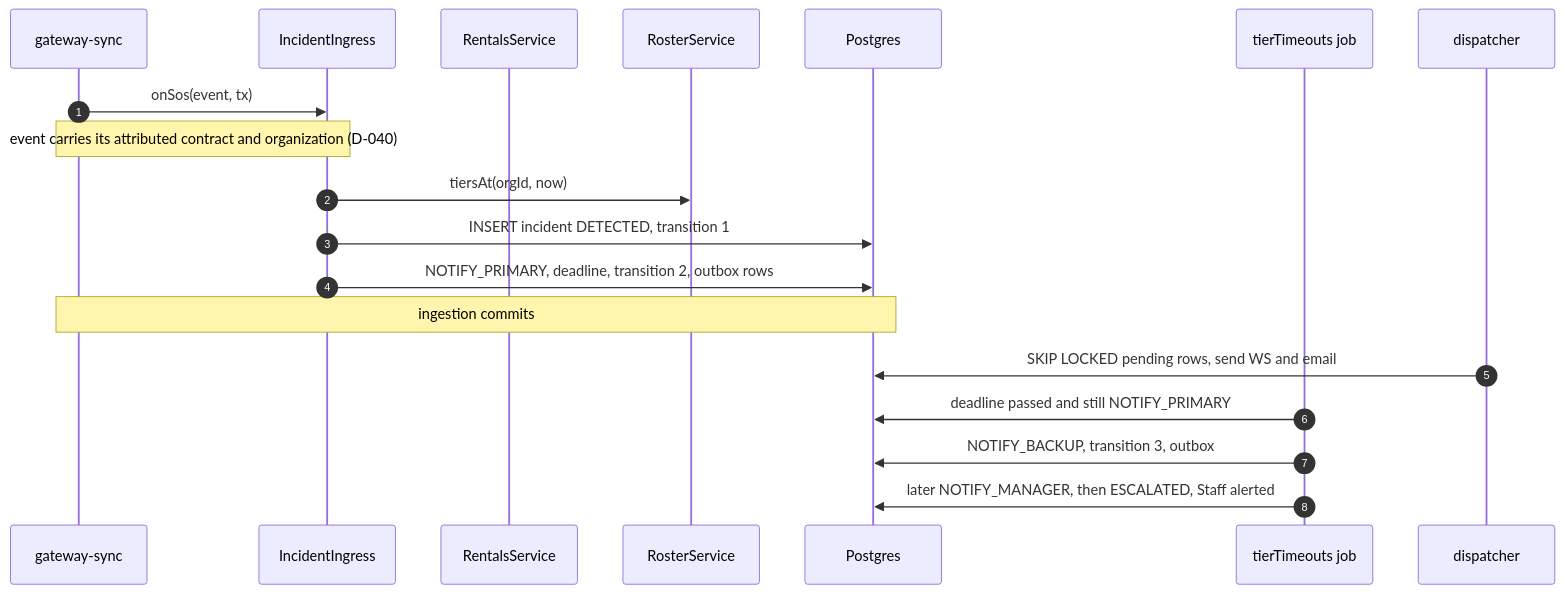
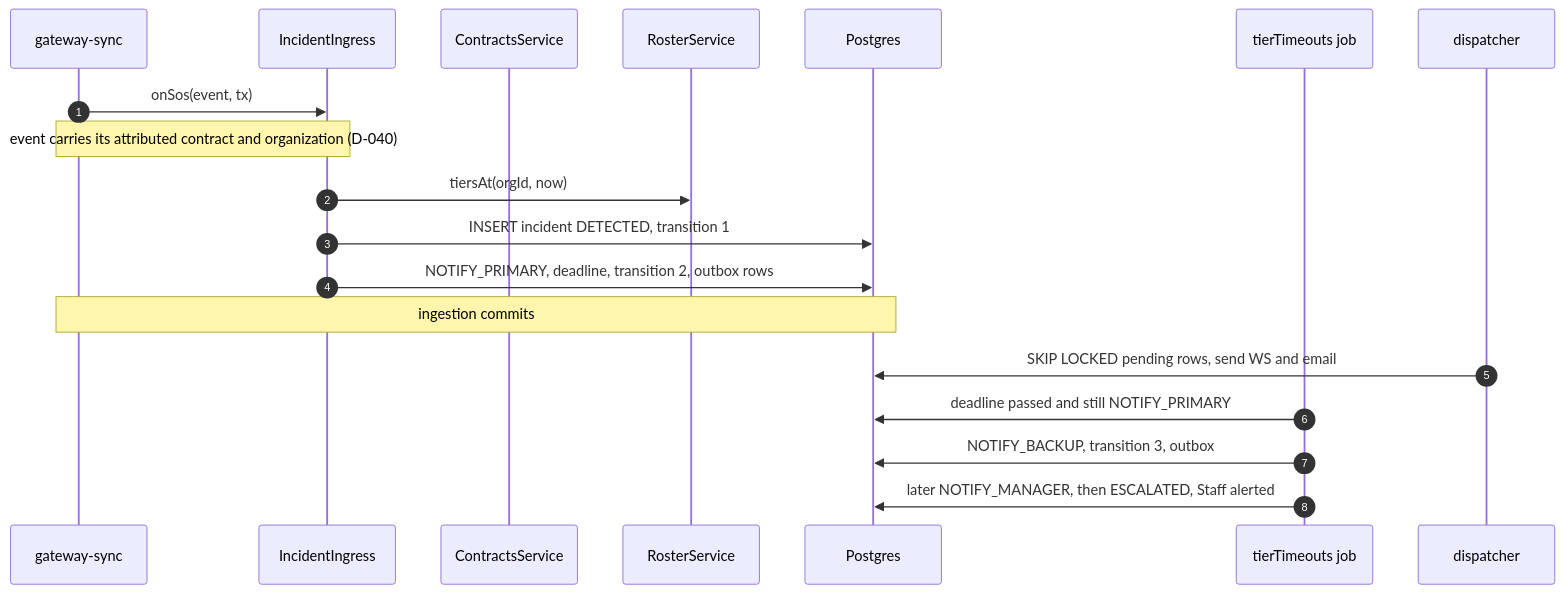
The third of 10 diagrams in specs/incidents/design.md (TrekLink-Team/treklink-web), drawn with Mermaid before and after one commit. The commit also changed 39 other files, not shown here.

````diff
--- a/specs/incidents/design.md
+++ b/specs/incidents/design.md
@@ -169,21 +169,21 @@
 ```mermaid
 sequenceDiagram
     autonumber
     participant G as gateway-sync
     participant I as IncidentIngress
-    participant R as RentalsService
+    participant R as ContractsService
     participant O as RosterService
     participant DB as Postgres
     participant J as tierTimeouts job
     participant D as dispatcher
     G->>I: onSos(event, tx)
     Note over G,I: event carries its attributed contract and organization (D-040)
     I->>O: tiersAt(orgId, now)
     I->>DB: INSERT incident DETECTED, transition 1
     I->>DB: NOTIFY_PRIMARY, deadline, transition 2, outbox rows
     Note over G,DB: ingestion commits
     D->>DB: SKIP LOCKED pending rows, send WS and email
     J->>DB: deadline passed and still NOTIFY_PRIMARY
     J->>DB: NOTIFY_BACKUP, transition 3, outbox
     J->>DB: later NOTIFY_MANAGER, then ESCALATED, Staff alerted
 ```
````
